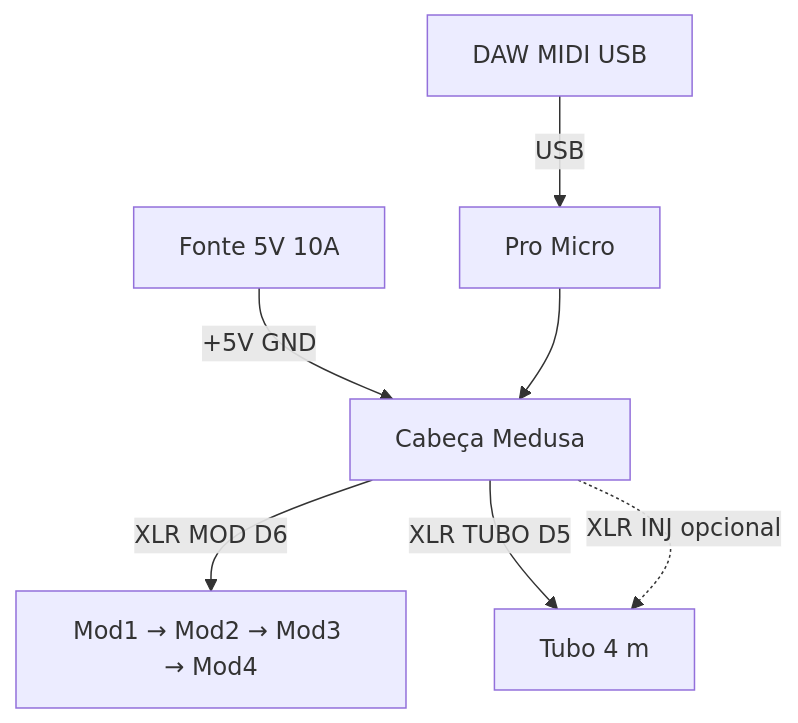
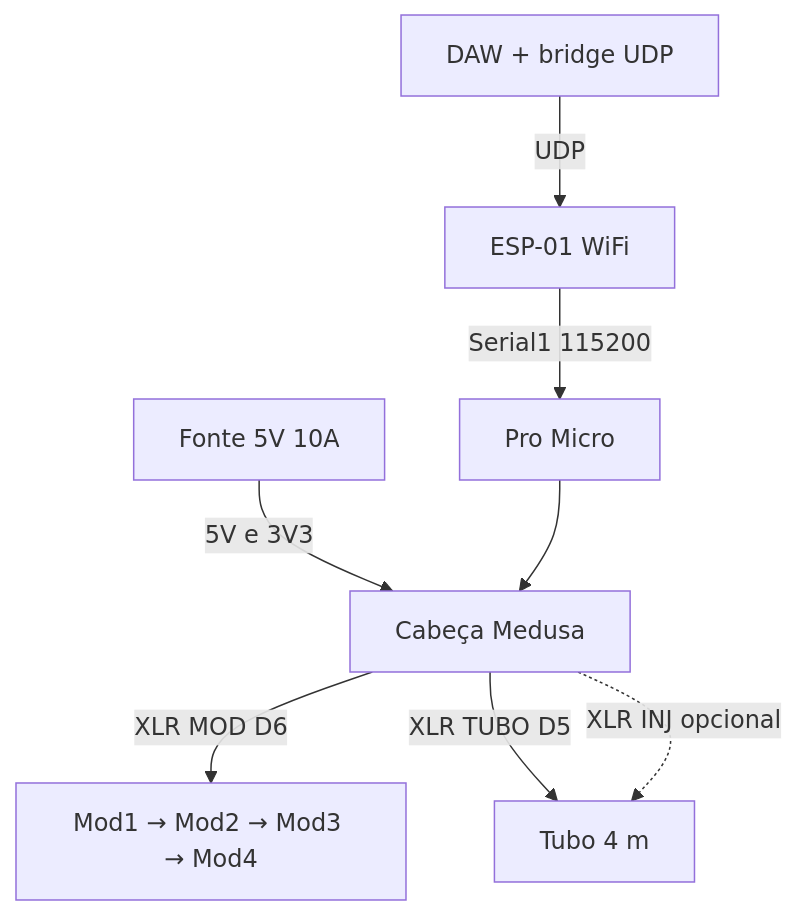
Before and after one commit to andreysenes/light: the diagram in docs/17-CABECA-MEDUSA.md, drawn with Mermaid. The commit also changed other lines of this file and 5 other files, not shown here.

Commit message:
Medusa: hardware apenas Pro Micro + ESP-01

````diff
--- a/docs/17-CABECA-MEDUSA.md
+++ b/docs/17-CABECA-MEDUSA.md
@@ -31,14 +42,16 @@
 ```mermaid
 flowchart TB
   PSU[Fonte 5V 10A]
   MEDUSA[Cabeça Medusa]
+  ESP[ESP-01 WiFi]
   PM[Pro Micro]
-  DAW[DAW MIDI USB]
+  DAW[DAW + bridge UDP]
 
-  PSU -->|+5V GND| MEDUSA
-  DAW -->|USB| PM
+  PSU -->|5V e 3V3| MEDUSA
+  DAW -->|UDP| ESP
+  ESP -->|Serial1 115200| PM
   PM --> MEDUSA
   MEDUSA -->|XLR MOD D6| CHAIN[Mod1 → Mod2 → Mod3 → Mod4]
   MEDUSA -->|XLR TUBO D5| TUBE[Tubo 4 m]
   MEDUSA -.->|XLR INJ opcional| TUBE
 ```
````
